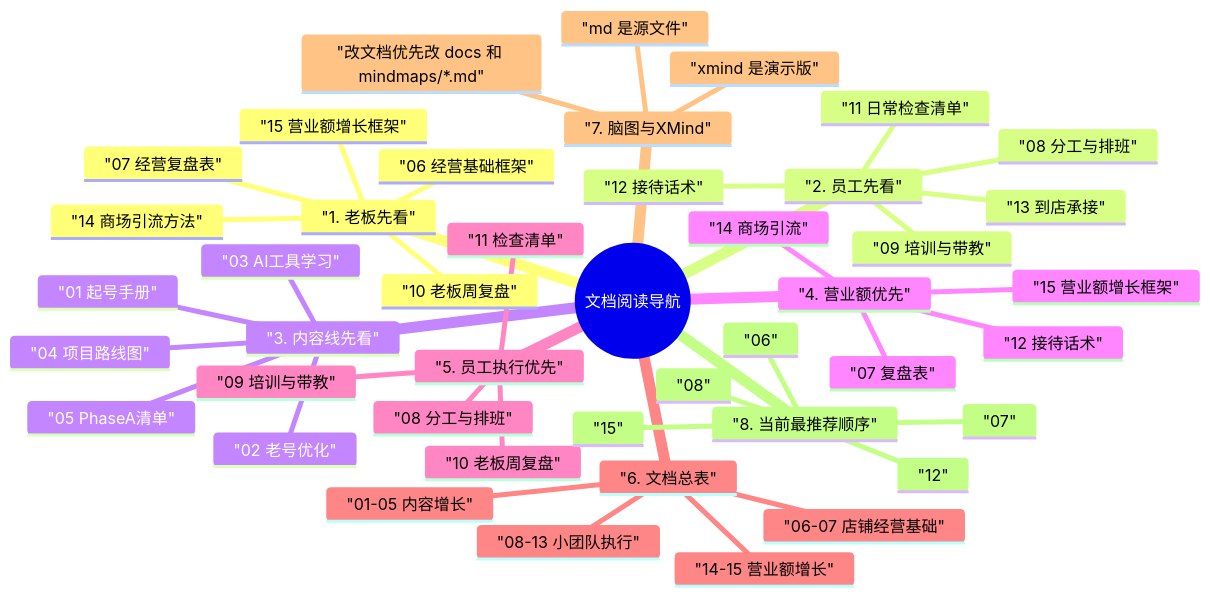
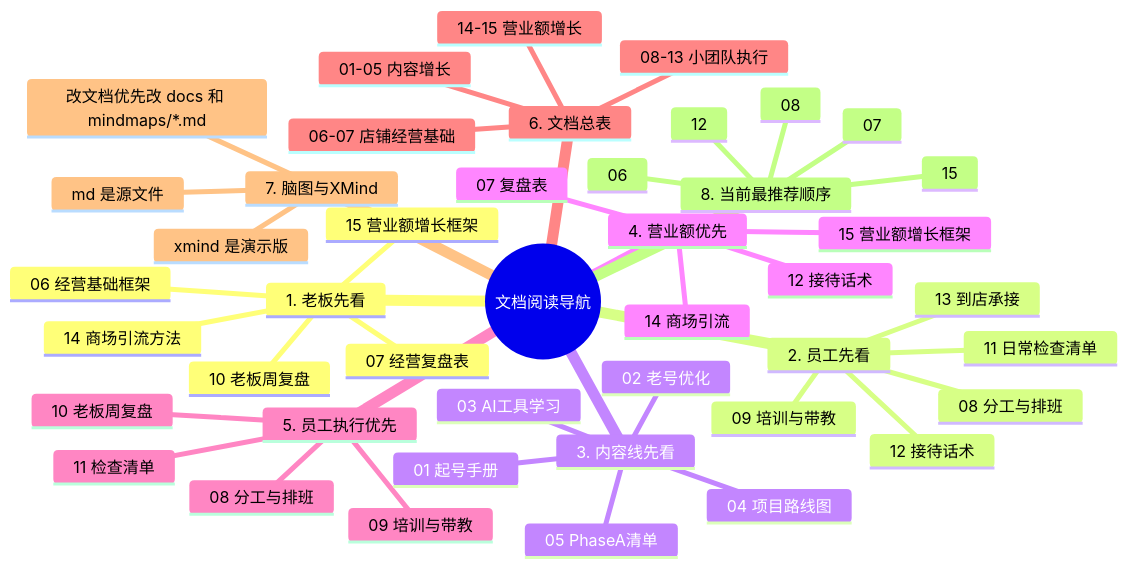
The diagram in mindmaps/00-文档阅读导航-mindmap.md (lizhihui0215/Black-Tonny), drawn with Mermaid before and after one commit. The commit also changed 29 other files, not shown here.

Commit message:
docs: fix mermaid mindmaps and add xmind exports

````diff
--- a/mindmaps/00-文档阅读导航-mindmap.md
+++ b/mindmaps/00-文档阅读导航-mindmap.md
@@ -3,47 +3,47 @@
 ```mermaid
 mindmap
-  root(("文档阅读导航"))
-    "1. 老板先看"
-      "06 经营基础框架"
-      "15 营业额增长框架"
-      "14 商场引流方法"
-      "07 经营复盘表"
-      "10 老板周复盘"
-    "2. 员工先看"
-      "08 分工与排班"
-      "09 培训与带教"
-      "11 日常检查清单"
-      "12 接待话术"
-      "13 到店承接"
-    "3. 内容线先看"
-      "01 起号手册"
-      "02 老号优化"
-      "03 AI工具学习"
-      "04 项目路线图"
-      "05 PhaseA清单"
-    "4. 营业额优先"
-      "15 营业额增长框架"
-      "14 商场引流"
-      "12 接待话术"
-      "07 复盘表"
-    "5. 员工执行优先"
-      "08 分工与排班"
-      "09 培训与带教"
-      "11 检查清单"
-      "10 老板周复盘"
-    "6. 文档总表"
-      "01-05 内容增长"
-      "06-07 店铺经营基础"
-      "08-13 小团队执行"
-      "14-15 营业额增长"
-    "7. 脑图与XMind"
-      "md 是源文件"
-      "xmind 是演示版"
-      "改文档优先改 docs 和 mindmaps/*.md"
-    "8. 当前最推荐顺序"
-      "06"
-      "15"
-      "08"
-      "12"
-      "07"
+  root((文档阅读导航))
+    1. 老板先看
+      06 经营基础框架
+      15 营业额增长框架
+      14 商场引流方法
+      07 经营复盘表
+      10 老板周复盘
+    2. 员工先看
+      08 分工与排班
+      09 培训与带教
+      11 日常检查清单
+      12 接待话术
+      13 到店承接
+    3. 内容线先看
+      01 起号手册
+      02 老号优化
+      03 AI工具学习
+      04 项目路线图
+      05 PhaseA清单
+    4. 营业额优先
+      15 营业额增长框架
+      14 商场引流
+      12 接待话术
+      07 复盘表
+    5. 员工执行优先
+      08 分工与排班
+      09 培训与带教
+      11 检查清单
+      10 老板周复盘
+    6. 文档总表
+      01-05 内容增长
+      06-07 店铺经营基础
+      08-13 小团队执行
+      14-15 营业额增长
+    7. 脑图与XMind
+      md 是源文件
+      xmind 是演示版
+      改文档优先改 docs 和 mindmaps/*.md
+    8. 当前最推荐顺序
+      06
+      15
+      08
+      12
+      07
 ```
````
